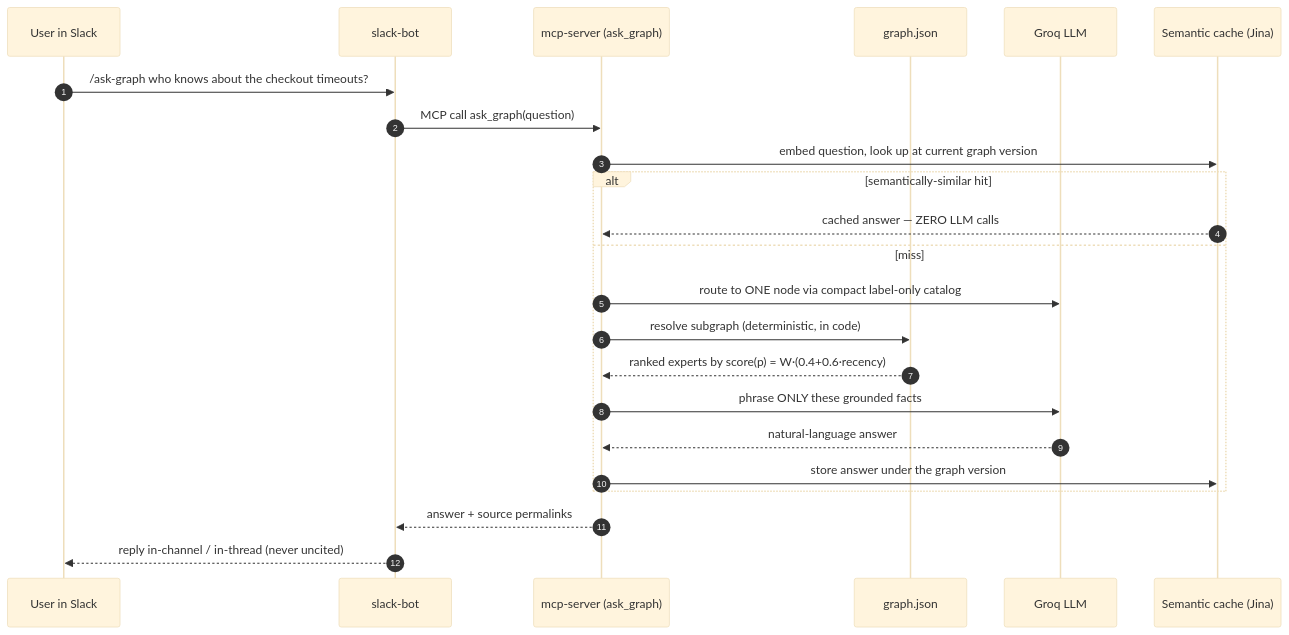
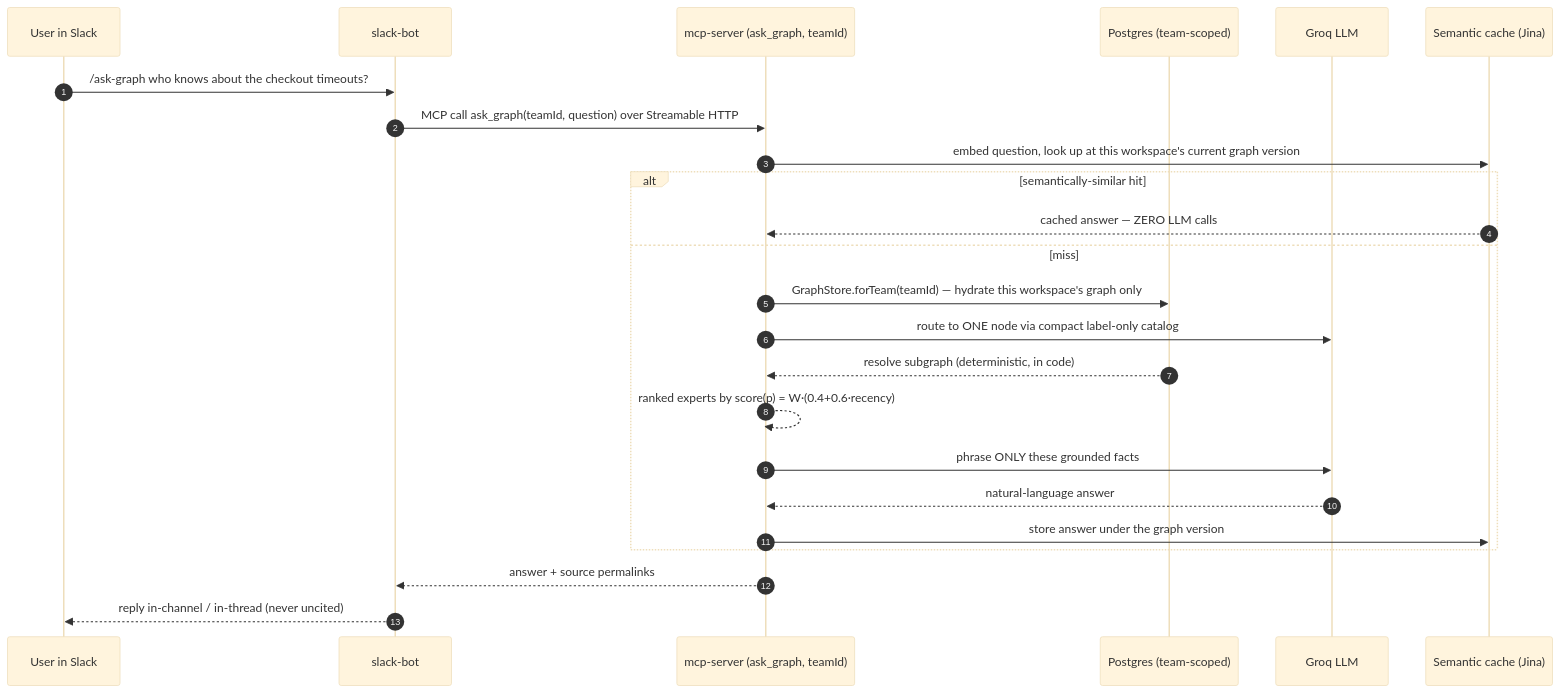
One commit to srijan399/se3k changed the third of 8 diagrams in TECHNICAL_ARCHITECTURE.md. Above: the diagram before and after it, drawn with Mermaid (base theme). The commit also changed other lines of this file and 58 other files, not shown here.

````diff
--- a/TECHNICAL_ARCHITECTURE.md
+++ b/TECHNICAL_ARCHITECTURE.md
@@ -84,26 +89,27 @@
 ```mermaid
 sequenceDiagram
   autonumber
   participant U as User in Slack
   participant B as slack-bot
-  participant M as mcp-server (ask_graph)
-  participant G as graph.json
+  participant M as mcp-server (ask_graph, teamId)
+  participant D as Postgres (team-scoped)
   participant L as Groq LLM
+  participant C as Semantic cache (Jina)
 
-  participant C as Semantic cache (Jina)
   U->>B: /ask-graph who knows about the checkout timeouts?
-  B->>M: MCP call ask_graph(question)
-  M->>C: embed question, look up at current graph version
+  B->>M: MCP call ask_graph(teamId, question) over Streamable HTTP
+  M->>C: embed question, look up at this workspace's current graph version
   alt semantically-similar hit
     C-->>M: cached answer — ZERO LLM calls
   else miss
+    M->>D: GraphStore.forTeam(teamId) — hydrate this workspace's graph only
     M->>L: route to ONE node via compact label-only catalog
-    M->>G: resolve subgraph (deterministic, in code)
-    G-->>M: ranked experts by score(p) = W·(0.4+0.6·recency)
+    D-->>M: resolve subgraph (deterministic, in code)
+    M-->>M: ranked experts by score(p) = W·(0.4+0.6·recency)
     M->>L: phrase ONLY these grounded facts
     L-->>M: natural-language answer
     M->>C: store answer under the graph version
   end
   M-->>B: answer + source permalinks
   B-->>U: reply in-channel / in-thread (never uncited)
 ```
````
